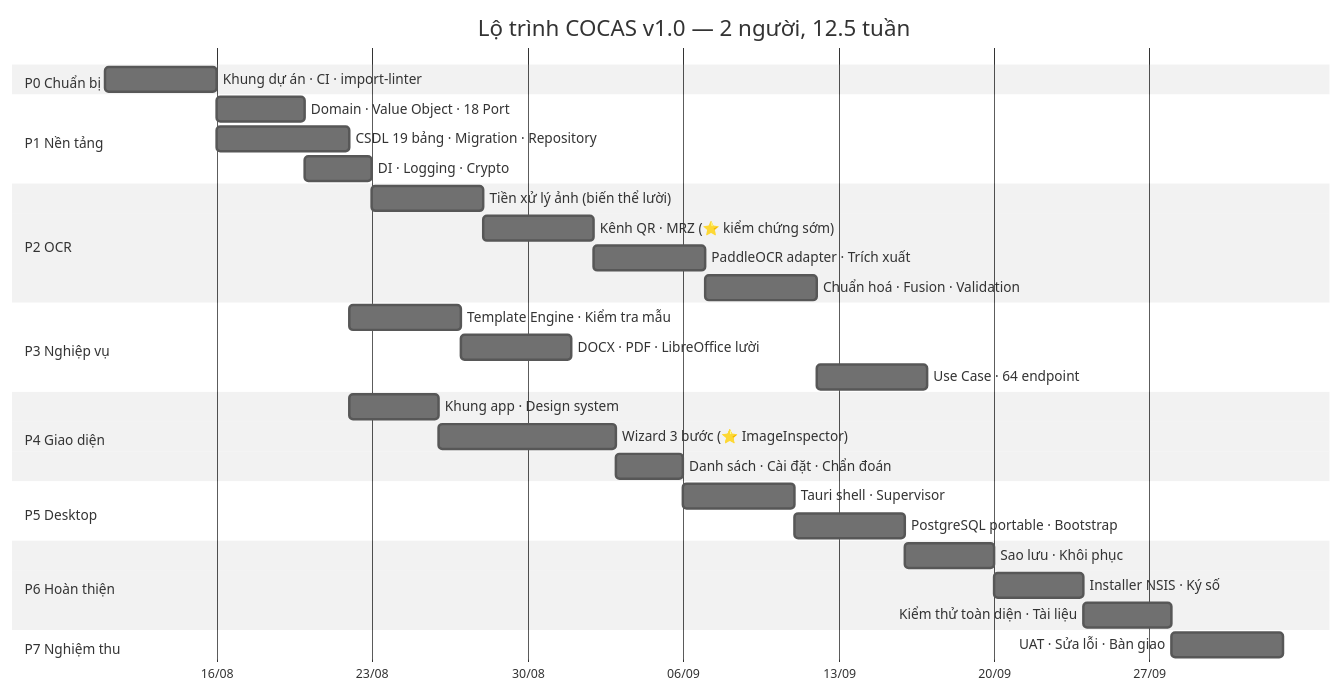
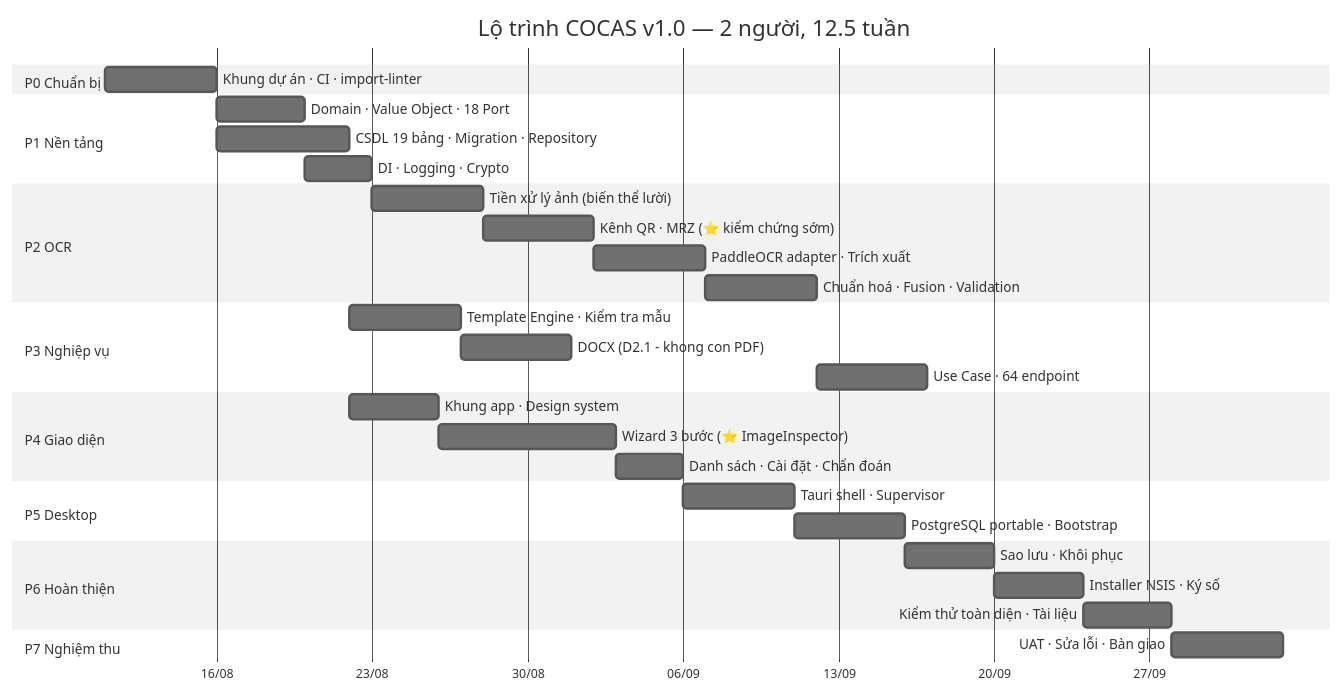
One commit to Dezz3z/CCCD_OCR_NEW changed the diagram in docs/design/14-roadmap-va-tuong-lai.md. Above: the diagram before and after it, drawn with Mermaid (neutral theme). The commit also changed other lines of this file and 45 other files, not shown here.

````diff
--- a/docs/design/14-roadmap-va-tuong-lai.md
+++ b/docs/design/14-roadmap-va-tuong-lai.md
@@ -25,42 +25,42 @@
 ```mermaid
 gantt
     title Lộ trình COCAS v1.0 — 2 người, 12.5 tuần
     dateFormat YYYY-MM-DD
     axisFormat %d/%m
 
     section P0 Chuẩn bị
     Khung dự án · CI · import-linter      :p0, 2026-08-11, 5d
 
     section P1 Nền tảng
     Domain · Value Object · 18 Port       :p1a, after p0, 4d
     CSDL 19 bảng · Migration · Repository :p1b, after p0, 6d
     DI · Logging · Crypto                 :p1c, after p1a, 3d
 
     section P2 OCR
     Tiền xử lý ảnh (biến thể lười)        :p2a, after p1c, 5d
     Kênh QR · MRZ (⭐ kiểm chứng sớm)      :p2b, after p2a, 5d
     PaddleOCR adapter · Trích xuất        :p2c, after p2b, 5d
     Chuẩn hoá · Fusion · Validation       :p2d, after p2c, 5d
 
     section P3 Nghiệp vụ
     Template Engine · Kiểm tra mẫu        :p3a, after p1b, 5d
-    DOCX · PDF · LibreOffice lười         :p3b, after p3a, 5d
+    DOCX (D2.1 - khong con PDF)            :p3b, after p3a, 5d
     Use Case · 64 endpoint                :p3c, after p2d, 5d
 
     section P4 Giao diện
     Khung app · Design system             :p4a, after p1b, 4d
     Wizard 3 bước (⭐ ImageInspector)      :p4b, after p4a, 8d
     Danh sách · Cài đặt · Chẩn đoán       :p4c, after p4b, 3d
 
     section P5 Desktop
     Tauri shell · Supervisor              :p5a, after p4c, 5d
     PostgreSQL portable · Bootstrap       :p5b, after p5a, 5d
 
     section P6 Hoàn thiện
     Sao lưu · Khôi phục                   :p6a, after p5b, 4d
     Installer NSIS · Ký số                :p6b, after p6a, 4d
     Kiểm thử toàn diện · Tài liệu         :p6c, after p6b, 4d
 
     section P7 Nghiệm thu
     UAT · Sửa lỗi · Bàn giao              :p7, after p6c, 5d
 ```
````
